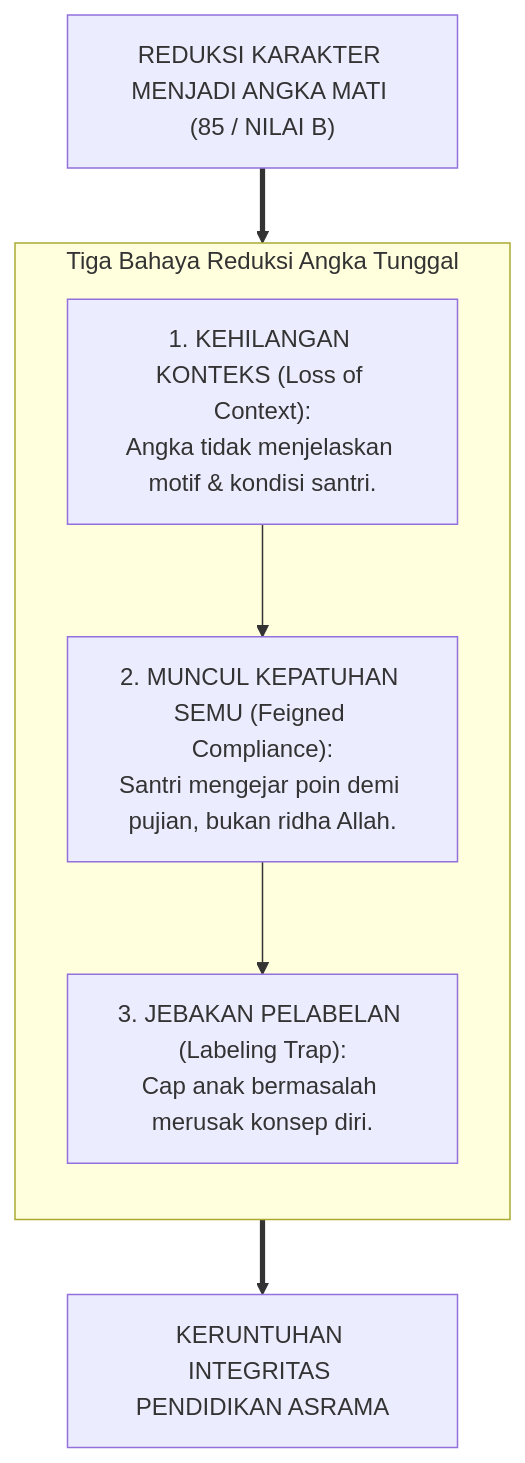
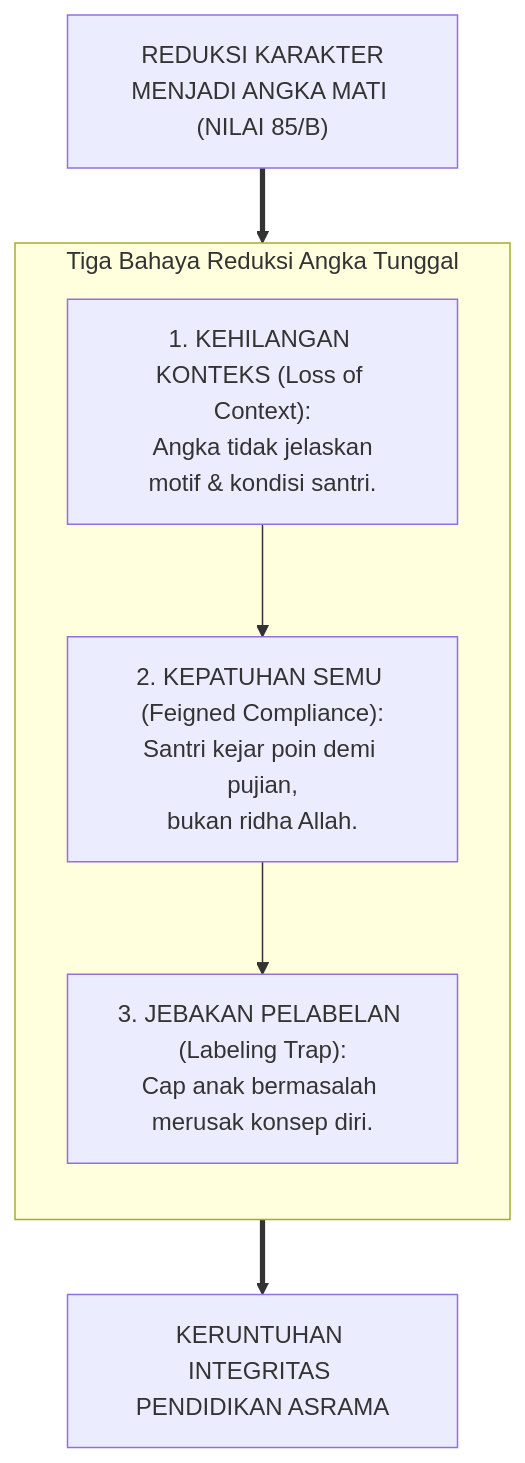
Before and after one commit to wandiapriliyandi/tumbuh: the first of 3 diagrams in BOOK Series 1/01-The-Fundamental-of-TUMBUH/Bab-16-Filosofi-Asesmen-Karakter-dan-Metode-Pengumpulan-Data.md, drawn with Mermaid. The commit also changed other lines of this file and 37 other files, not shown here.

Commit message:
fix(book-01): optimasi pemenggalan teks dan overflow seluruh diagram serta render ulang 20 PDF

````diff
--- a/BOOK Series 1/01-The-Fundamental-of-TUMBUH/Bab-16-Filosofi-Asesmen-Karakter-dan-Metode-Pengumpulan-Data.md
+++ b/BOOK Series 1/01-The-Fundamental-of-TUMBUH/Bab-16-Filosofi-Asesmen-Karakter-dan-Metode-Pengumpulan-Data.md
@@ -39,14 +39,14 @@
 ```mermaid
 graph TD
-    A["REDUKSI KARAKTER MENJADI ANGKA MATI (85 / NILAI B)"]
+    A["REDUKSI KARAKTER<br/>MENJADI ANGKA MATI (NILAI 85/B)"]
     
     subgraph TIGA_BAHAYA_SKOR_ANGKA["Tiga Bahaya Reduksi Angka Tunggal"]
         direction TB
-        B1["1. KEHILANGAN KONTEKS (Loss of Context):<br/>Angka tidak menjelaskan motif & kondisi santri."]
-        --> B2["2. MUNCUL KEPATUHAN SEMU (Feigned Compliance):<br/>Santri mengejar poin demi pujian, bukan ridha Allah."]
+        B1["1. KEHILANGAN KONTEKS (Loss of Context):<br/>Angka tidak jelaskan<br/>motif & kondisi santri."]
+        --> B2["2. KEPATUHAN SEMU (Feigned Compliance):<br/>Santri kejar poin demi pujian,<br/>bukan ridha Allah."]
         --> B3["3. JEBAKAN PELABELAN (Labeling Trap):<br/>Cap anak bermasalah merusak konsep diri."]
     end
 
     A ==> TIGA_BAHAYA_SKOR_ANGKA
     TIGA_BAHAYA_SKOR_ANGKA ==> BENCANA["KERUNTUHAN INTEGRITAS PENDIDIKAN ASRAMA"]
 ```
````
